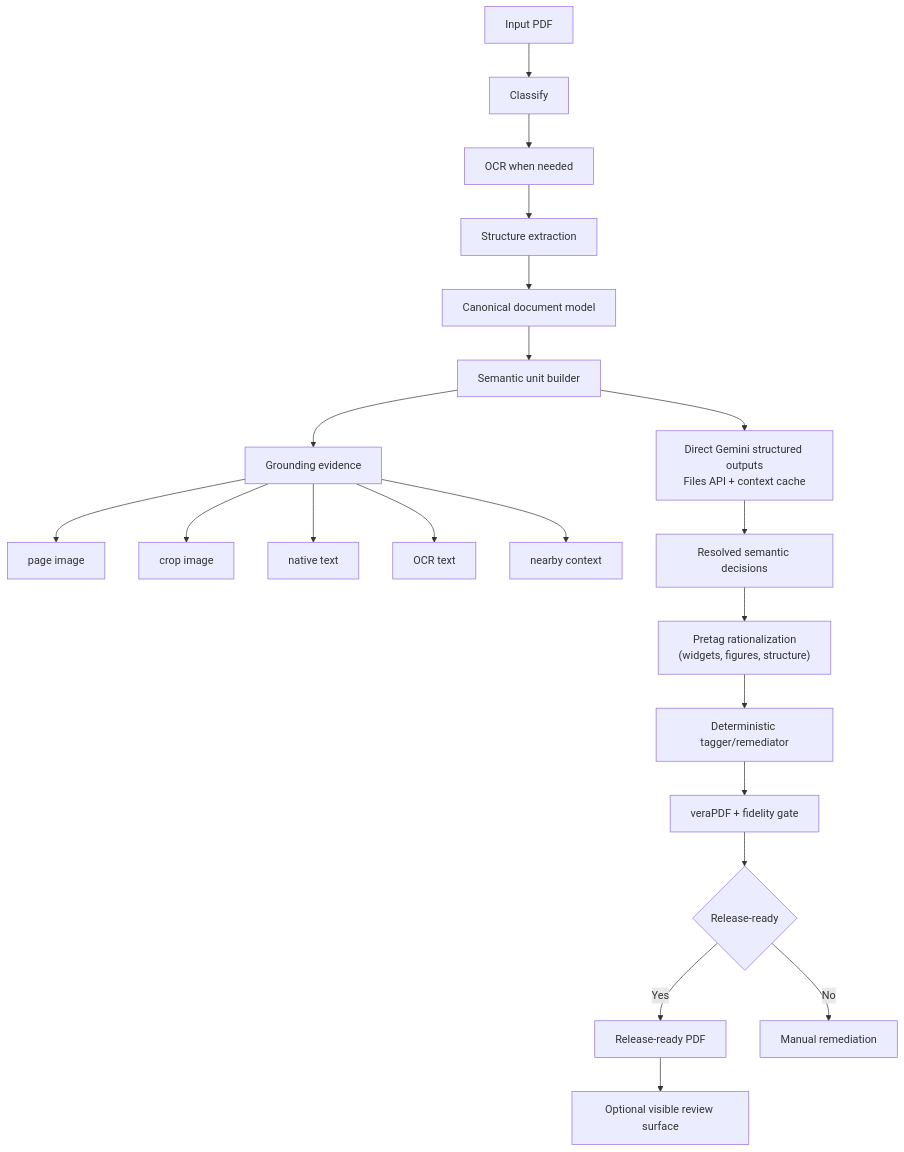
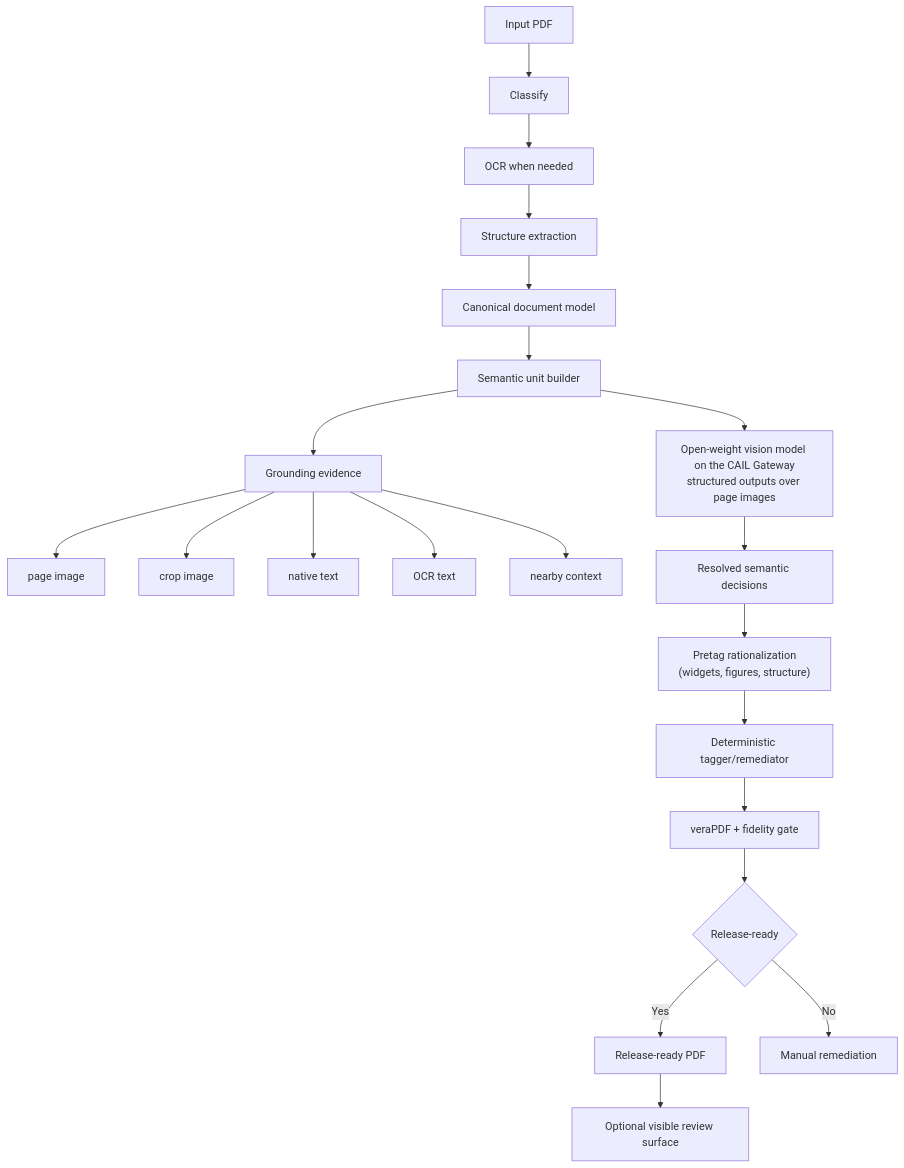
Before and after one commit to CUNY-AI-Lab/pdf-accessibility-app: the diagram in docs/architecture.md, drawn with Mermaid. The commit also changed other lines of this file and 47 other files, not shown here.

First line of the commit message:
Remove the direct Gemini path; the Gateway lane is the only model lane

````diff
--- a/docs/architecture.md
+++ b/docs/architecture.md
@@ -20,23 +20,23 @@
 ```mermaid
 flowchart TD
     A["Input PDF"] --> B["Classify"]
     B --> C["OCR when needed"]
     C --> D["Structure extraction"]
     D --> E["Canonical document model"]
     E --> F["Semantic unit builder"]
     F --> G["Grounding evidence"]
     G --> G1["page image"]
     G --> G2["crop image"]
     G --> G3["native text"]
     G --> G4["OCR text"]
     G --> G5["nearby context"]
-    F --> H["Direct Gemini structured outputs\nFiles API + context cache"]
+    F --> H["Open-weight vision model on the CAIL Gateway\nstructured outputs over page images"]
     H --> I["Resolved semantic decisions"]
     I --> J["Pretag rationalization\n(widgets, figures, structure)"]
     J --> K["Deterministic tagger/remediator"]
     K --> L["veraPDF + fidelity gate"]
     L --> M{"Release-ready"}
     M -->|Yes| N["Release-ready PDF"]
     M -->|No| O["Manual remediation"]
     N --> P["Optional visible review surface"]
 ```
````
